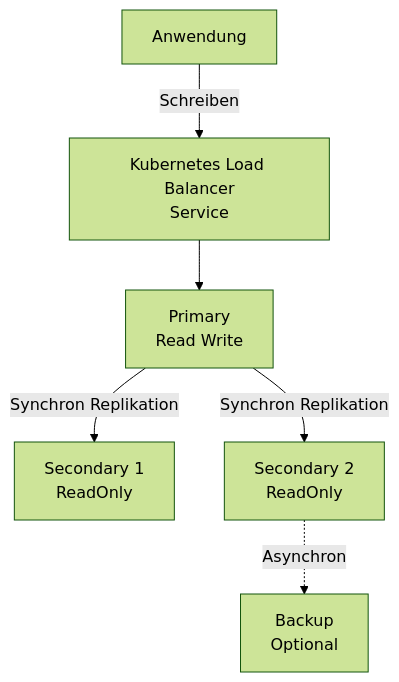
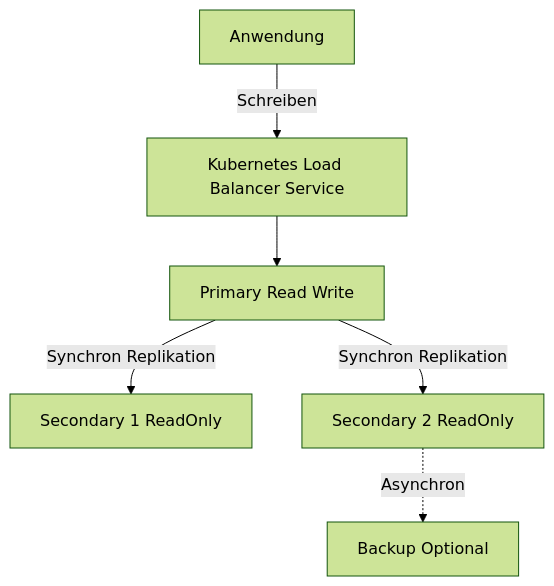
The fifth of 7 diagrams in Microsoft 365/Azure/Arc/Arc-enabled Data Services.md (SoniiiT/notes-n-docs), drawn with Mermaid (forest theme) before and after one commit. The commit also changed other lines of this file and 124 other files, not shown here.

First line of the commit message:
fix: Entferne \n aus allen Mermaid-Diagrammen (125 Dateien)

````diff
--- a/Microsoft 365/Azure/Arc/Arc-enabled Data Services.md
+++ b/Microsoft 365/Azure/Arc/Arc-enabled Data Services.md
@@ -304,15 +304,15 @@
 ```mermaid
 graph TD
     CLIENT[Anwendung]
-    LB[Kubernetes Load Balancer\nService]
-    PRIMARY[Primary\nRead Write]
-    SEC1[Secondary 1\nReadOnly]
-    SEC2[Secondary 2\nReadOnly]
-    BACKUP[Backup\nOptional]
+    LB[Kubernetes Load Balancer Service]
+    PRIMARY[Primary Read Write]
+    SEC1[Secondary 1 ReadOnly]
+    SEC2[Secondary 2 ReadOnly]
+    BACKUP[Backup Optional]
 
     CLIENT -->|Schreiben| LB
     LB --> PRIMARY
     PRIMARY -->|Synchron Replikation| SEC1
     PRIMARY -->|Synchron Replikation| SEC2
     SEC2 -.->|Asynchron| BACKUP
 ```
````
